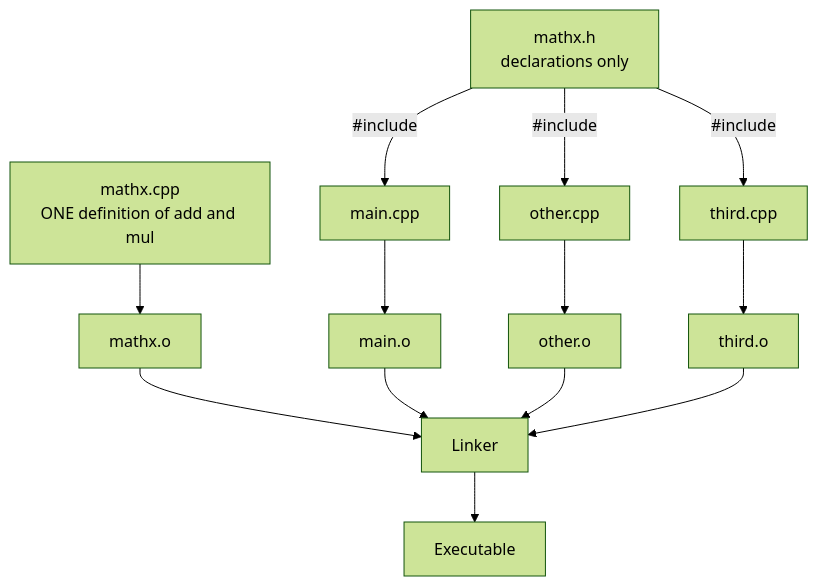
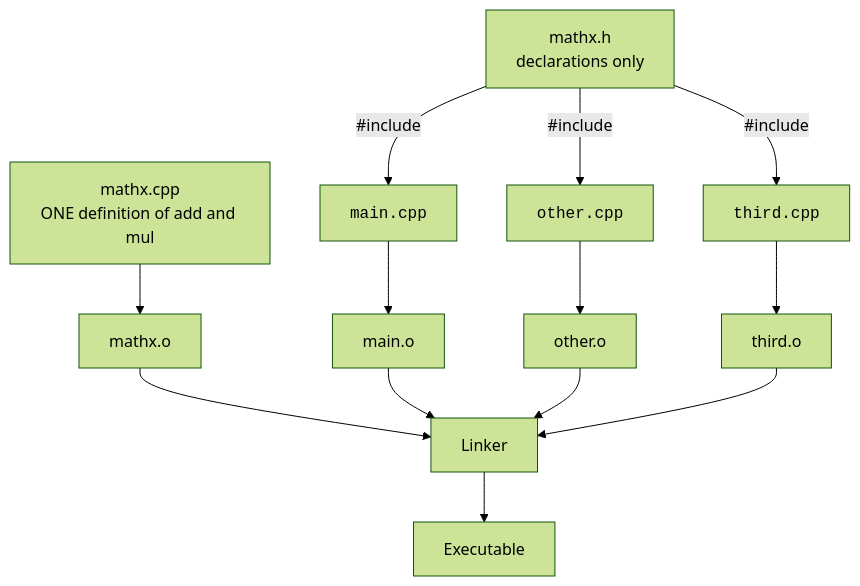
One commit to dataslope/dataslope changed the fourth of 4 diagrams in content/learn/from-zero-to-cpp/compilation-pipeline.mdx. Above: the diagram before and after it, drawn with Mermaid (forest theme). The commit also changed other lines of this file and 153 other files, not shown here.

First line of the commit message:
Render code-only mermaid shapes in monospace; convert step sequences to Steps

````diff
--- a/content/learn/from-zero-to-cpp/compilation-pipeline.mdx
+++ b/content/learn/from-zero-to-cpp/compilation-pipeline.mdx
@@ -257,15 +257,15 @@
 ```mermaid
 flowchart TD
-    H[mathx.h<br/>declarations only] -->|"#include"| M1[main.cpp]
-    H -->|"#include"| M2[other.cpp]
-    H -->|"#include"| M3[third.cpp]
+    H[mathx.h<br/>declarations only] -->|"#include"| M1["<code>main.cpp</code>"]
+    H -->|"#include"| M2["<code>other.cpp</code>"]
+    H -->|"#include"| M3["<code>third.cpp</code>"]
     Imp[mathx.cpp<br/>ONE definition of add and mul] --> Obj[mathx.o]
     M1 --> O1[main.o]
     M2 --> O2[other.o]
     M3 --> O3[third.o]
     Obj --> Lk[Linker]
     O1 --> Lk
     O2 --> Lk
     O3 --> Lk
     Lk --> Exe[Executable]
 ```
````
